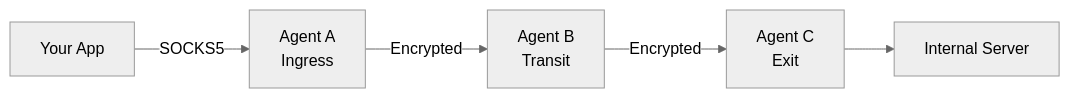
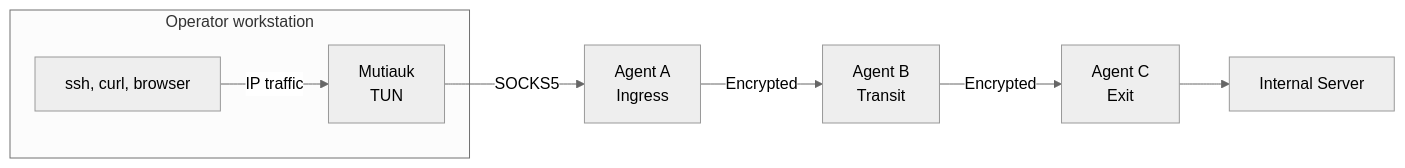
One commit to Muti-Metroo/Muti-Metroo changed the first of 4 diagrams in docs/docs/intro.md. Above: the diagram before and after it, drawn with Mermaid (neutral theme). The commit also changed other lines of this file and 36 other files, not shown here.

First line of the commit message:
docs: present Mutiauk as the operator entry point of the suite

````diff
--- a/docs/docs/intro.md
+++ b/docs/docs/intro.md
@@ -17,7 +21,10 @@
 ```mermaid
 flowchart LR
-    Client[Your App] -->|SOCKS5| A[Agent A<br/>Ingress]
+    subgraph WS[Operator workstation]
+        App[ssh, curl, browser] -->|IP traffic| TUN[Mutiauk<br/>TUN]
+    end
+    TUN -->|SOCKS5| A[Agent A<br/>Ingress]
     A -->|Encrypted| B[Agent B<br/>Transit]
     B -->|Encrypted| C[Agent C<br/>Exit]
     C --> Target[Internal Server]
 ```
````
